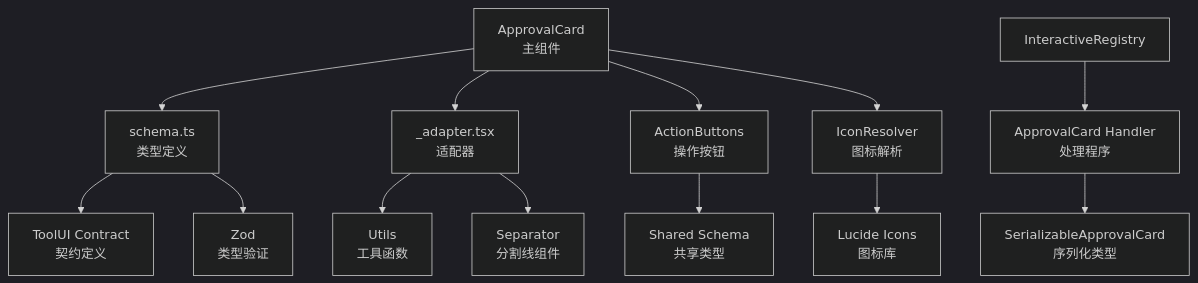
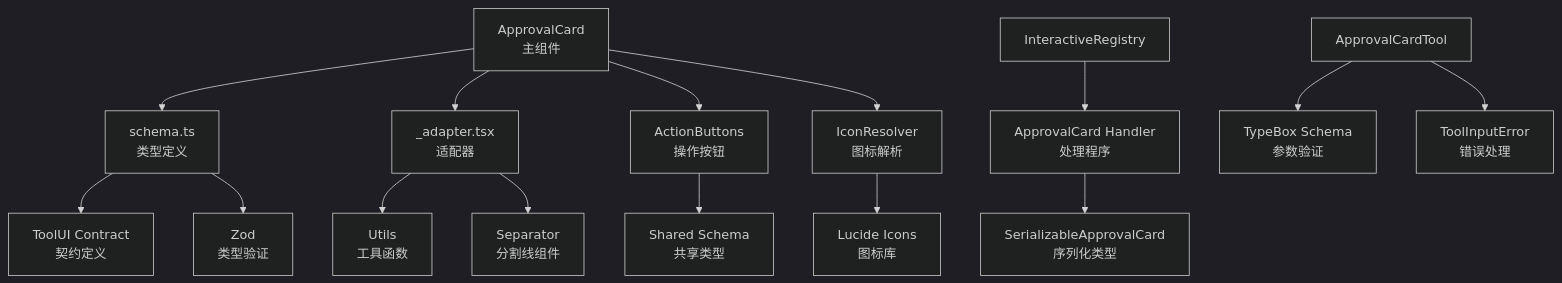
Before and after one commit to verse-ai-org/openclaw: the tenth of 10 diagrams in .qoder/repowiki/zh/content/Web界面/UI组件系统/工具UI组件/审批卡片组件.md, drawn with Mermaid (dark theme). The commit also changed other lines of this file and 11 other files, not shown here.

````diff
--- a/.qoder/repowiki/zh/content/Web界面/UI组件系统/工具UI组件/审批卡片组件.md
+++ b/.qoder/repowiki/zh/content/Web界面/UI组件系统/工具UI组件/审批卡片组件.md
@@ -471,15 +548,17 @@
 ```mermaid
 graph TD
 ApprovalCard["ApprovalCard<br/>主组件"] --> Schema["schema.ts<br/>类型定义"]
 ApprovalCard --> Adapter["_adapter.tsx<br/>适配器"]
 ApprovalCard --> ActionButtons["ActionButtons<br/>操作按钮"]
 ApprovalCard --> IconResolver["IconResolver<br/>图标解析"]
 Schema --> Contract["ToolUI Contract<br/>契约定义"]
 Schema --> Zod["Zod<br/>类型验证"]
 Adapter --> Utils["Utils<br/>工具函数"]
 Adapter --> Separator["Separator<br/>分割线组件"]
 ActionButtons --> SharedSchema["Shared Schema<br/>共享类型"]
 IconResolver --> LucideIcons["Lucide Icons<br/>图标库"]
 InteractiveRegistry --> ApprovalCardHandler["ApprovalCard Handler<br/>处理程序"]
 ApprovalCardHandler --> SerializableApprovalCard["SerializableApprovalCard<br/>序列化类型"]
+ApprovalCardTool --> TypeBoxSchema["TypeBox Schema<br/>参数验证"]
+ApprovalCardTool --> ToolInputError["ToolInputError<br/>错误处理"]
 ```
````
